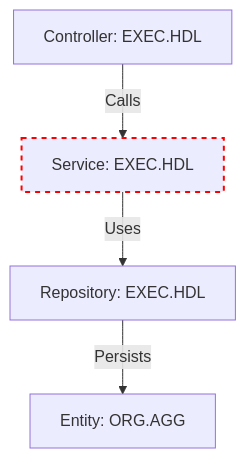
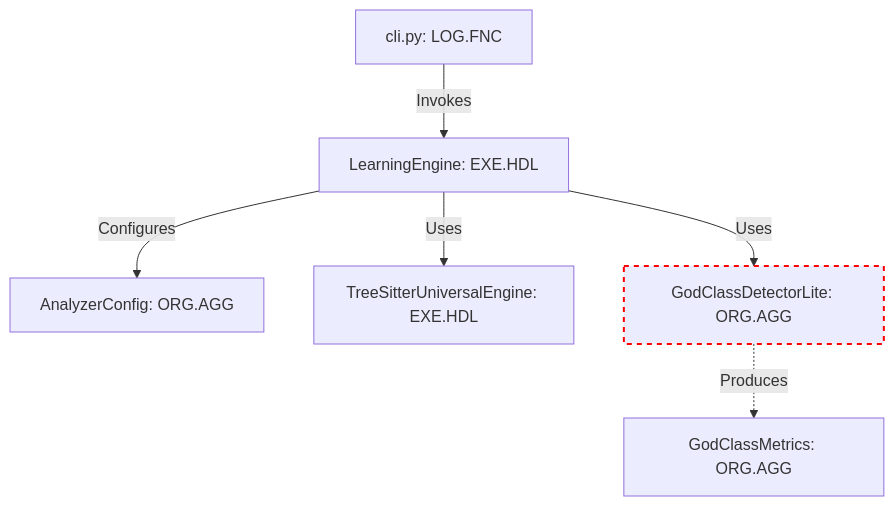
One commit to leolech14/standard-model-for-computer-language changed the diagram in README.md. Above: the diagram before and after it, drawn with Mermaid. The commit also changed other lines of this file, not shown here.

Commit message:
docs: replace generic graph with real Spectrometer self-audit example

````diff
--- a/README.md
+++ b/README.md
@@ -137,7 +139,9 @@
 ```mermaid
 graph TD
-    A["Controller: EXEC.HDL"] -->|Calls| B["Service: EXEC.HDL"]
-    B -->|Uses| C["Repository: EXEC.HDL"]
-    C -->|Persists| D["Entity: ORG.AGG"]
-    style B stroke:#f00,stroke-width:2px,stroke-dasharray: 5 5
+    CLI["cli.py: LOG.FNC"] -->|Invokes| LE["LearningEngine: EXE.HDL"]
+    LE -->|Configures| AC["AnalyzerConfig: ORG.AGG"]
+    LE -->|Uses| TS["TreeSitterUniversalEngine: EXE.HDL"]
+    LE -->|Uses| GC["GodClassDetectorLite: ORG.AGG"]
+    GC -.->|Produces| GM["GodClassMetrics: ORG.AGG"]
+    style GC stroke:#f00,stroke-width:2px,stroke-dasharray: 5 5
 ```
````
